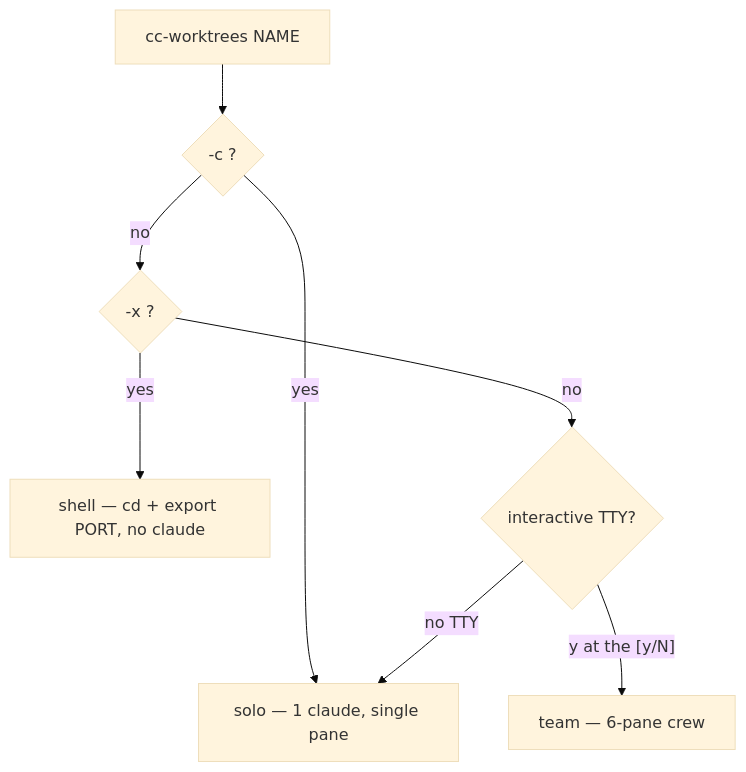
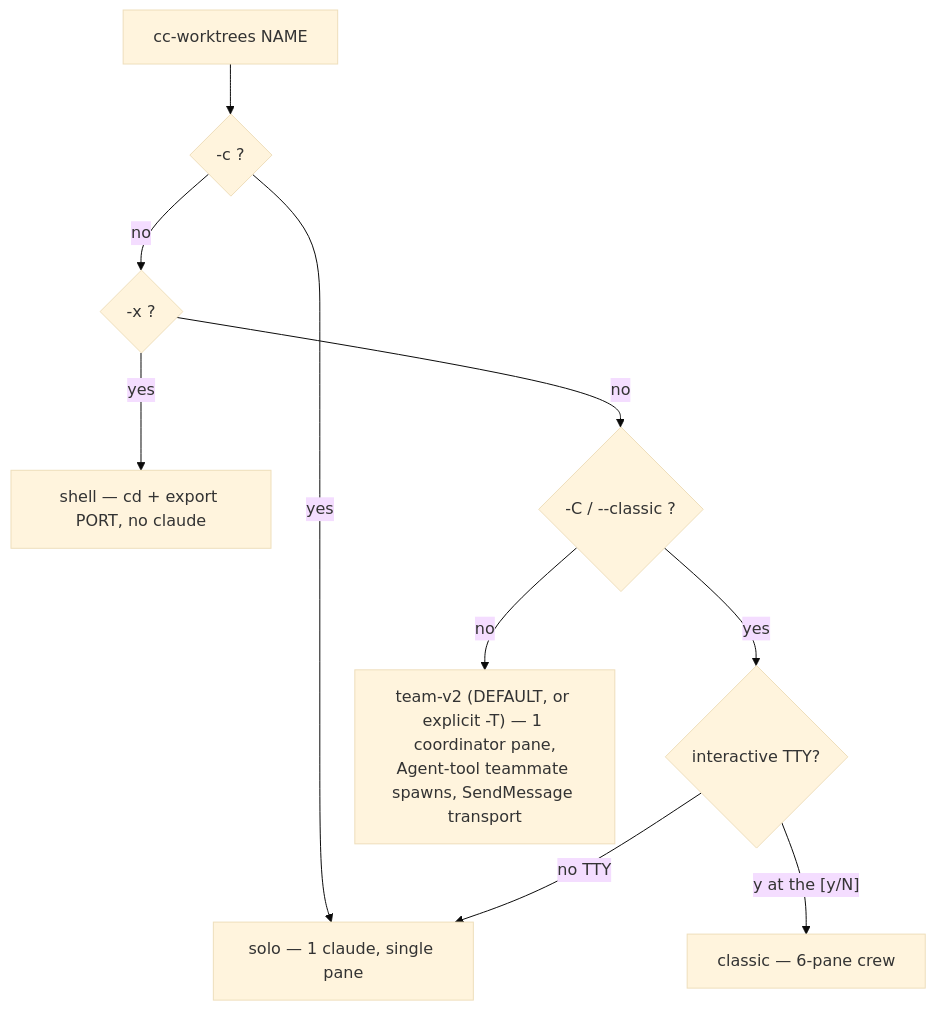
Before and after one commit to HenriGeorge/AutoCue: the first of 2 diagrams in docs/CC-WORKTREES.md, drawn with Mermaid (base theme). The commit also changed other lines of this file and 2 other files, not shown here.

Commit message:
docs: refresh reference docs from claude_template (team-v2 default + in-process correction)

````diff
--- a/docs/CC-WORKTREES.md
+++ b/docs/CC-WORKTREES.md
@@ -65,10 +73,12 @@
 ```mermaid
 flowchart TD
     S["cc-worktrees NAME"] --> F1{"-c ?"}
     F1 -->|yes| SOLO["solo — 1 claude, single pane"]
     F1 -->|no| F2{"-x ?"}
     F2 -->|yes| SHELL["shell — cd + export PORT, no claude"]
-    F2 -->|no| T{"interactive TTY?"}
-    T -->|"y at the [y/N]"| CREW["team — 6-pane crew"]
+    F2 -->|no| F3{"-C / --classic ?"}
+    F3 -->|yes| T{"interactive TTY?"}
+    T -->|"y at the [y/N]"| CREW["classic — 6-pane crew"]
     T -->|"no TTY"| SOLO
+    F3 -->|no| T2["team-v2 (DEFAULT, or explicit -T) — 1 coordinator pane,\nAgent-tool teammate spawns, SendMessage transport"]
 ```
````
